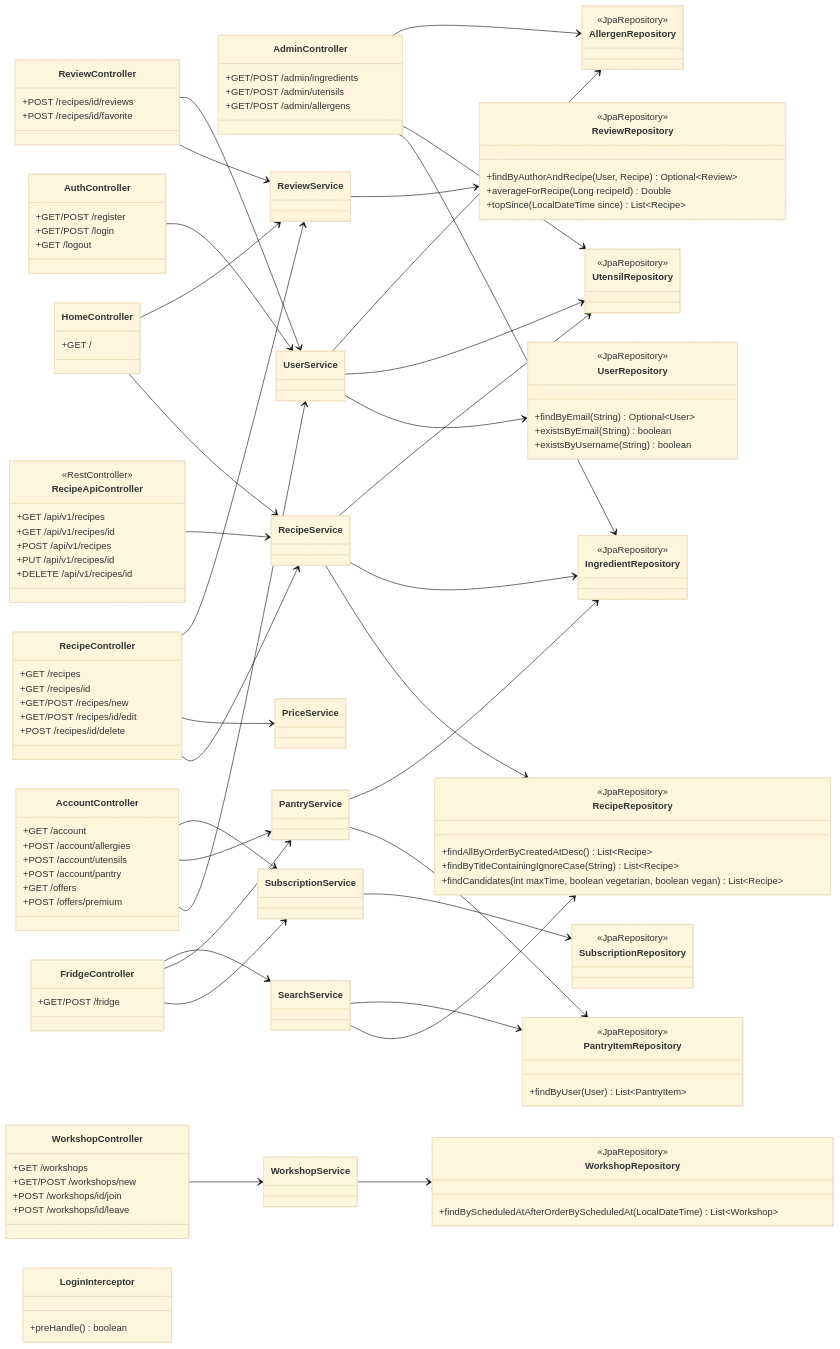
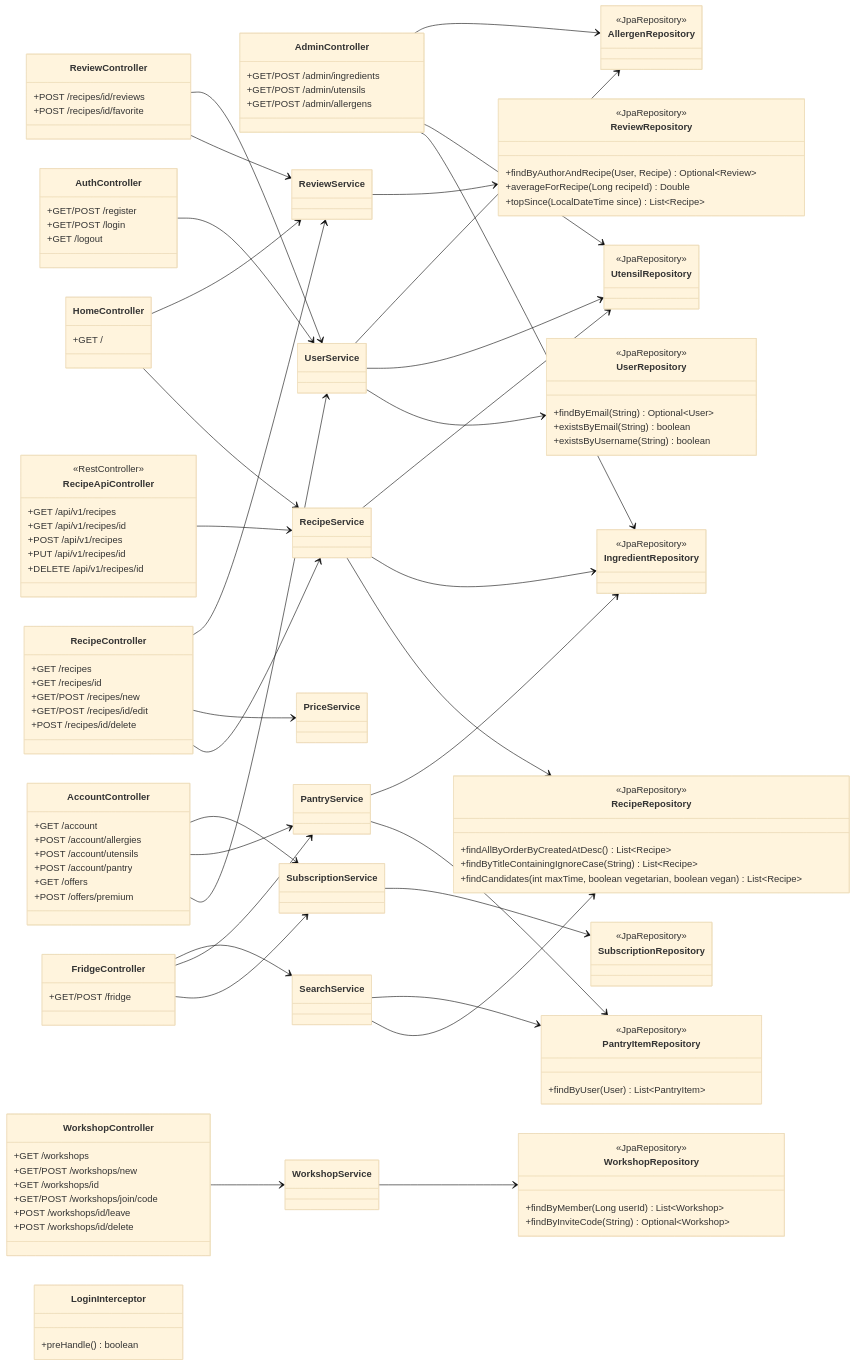
One commit to CookieCode5/CookieApp changed the third of 10 diagrams in diagramme-uml.md. Above: the diagram before and after it, drawn with Mermaid (base theme). The commit also changed other lines of this file and 8 other files, not shown here.

```diff
--- a/diagramme-uml.md
+++ b/diagramme-uml.md
@@ -433,8 +438,10 @@
     class WorkshopController {
         +GET /workshops
         +GET/POST /workshops/new
-        +POST /workshops/id/join
+        +GET /workshops/id
+        +GET/POST /workshops/join/code
         +POST /workshops/id/leave
+        +POST /workshops/id/delete
     }
     class AdminController {
         +GET/POST /admin/ingredients
@@ -486,7 +493,8 @@
     }
     class WorkshopRepository {
         <<JpaRepository>>
-        +findByScheduledAtAfterOrderByScheduledAt(LocalDateTime) List~Workshop~
+        +findByMember(Long userId) List~Workshop~
+        +findByInviteCode(String) Optional~Workshop~
     }
     class IngredientRepository {
         <<JpaRepository>>
```
